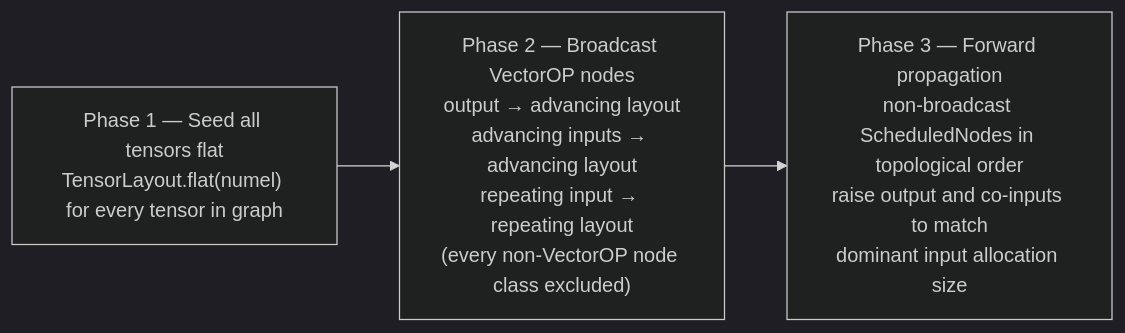
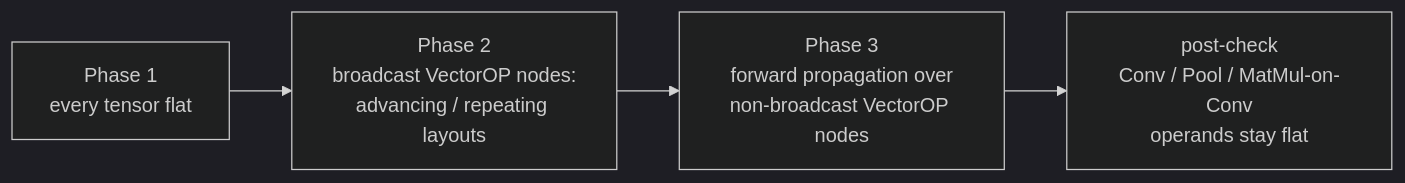
One commit to phoenix367/cormorant changed the fourth of 9 diagrams in inference-scheduler/doc/ARCHITECTURE.md. Above: the diagram before and after it, drawn with Mermaid (dark theme). The commit also changed other lines of this file and 91 other files, not shown here.

````diff
--- a/inference-scheduler/doc/ARCHITECTURE.md
+++ b/inference-scheduler/doc/ARCHITECTURE.md
@@ -649,7 +928,8 @@
 ```mermaid
 flowchart LR
-    P1["Phase 1 — Seed all tensors flat\nTensorLayout.flat(numel) for every tensor in graph"]
-    P2["Phase 2 — Broadcast VectorOP nodes\noutput → advancing layout\nadvancing inputs → advancing layout\nrepeating input → repeating layout\n(every non-VectorOP node class excluded)"]
-    P3["Phase 3 — Forward propagation\nnon-broadcast ScheduledNodes in topological order\nraise output and co-inputs to match\ndominant input allocation size"]
-    P1 --> P2 --> P3
+    P1["Phase 1<br/>every tensor flat"]
+    P2["Phase 2<br/>broadcast VectorOP nodes:<br/>advancing / repeating layouts"]
+    P3["Phase 3<br/>forward propagation over<br/>non-broadcast VectorOP nodes"]
+    CHK["post-check<br/>Conv / Pool / MatMul-on-Conv<br/>operands stay flat"]
+    P1 --> P2 --> P3 --> CHK
 ```
````
